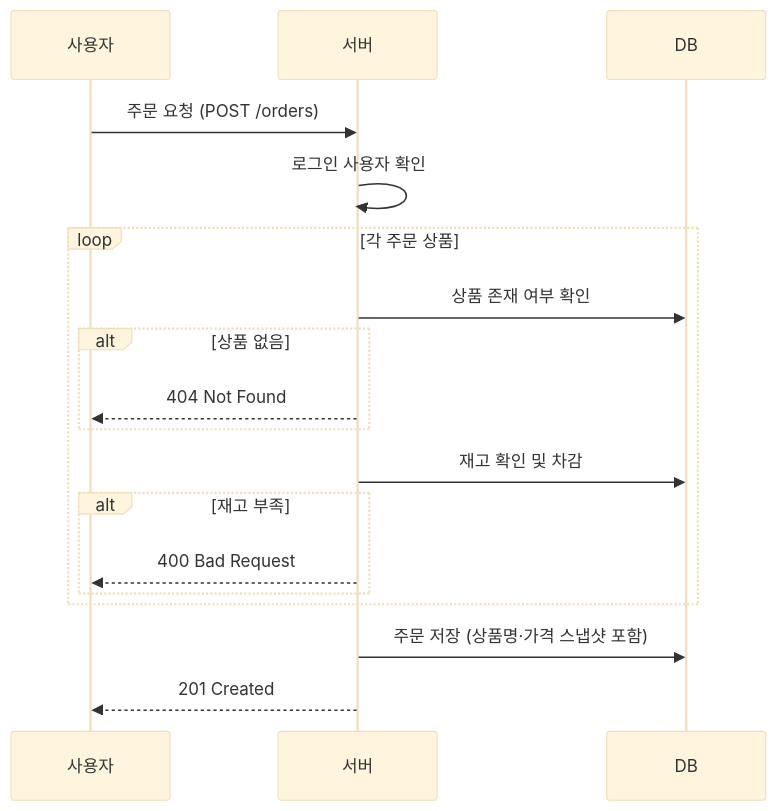
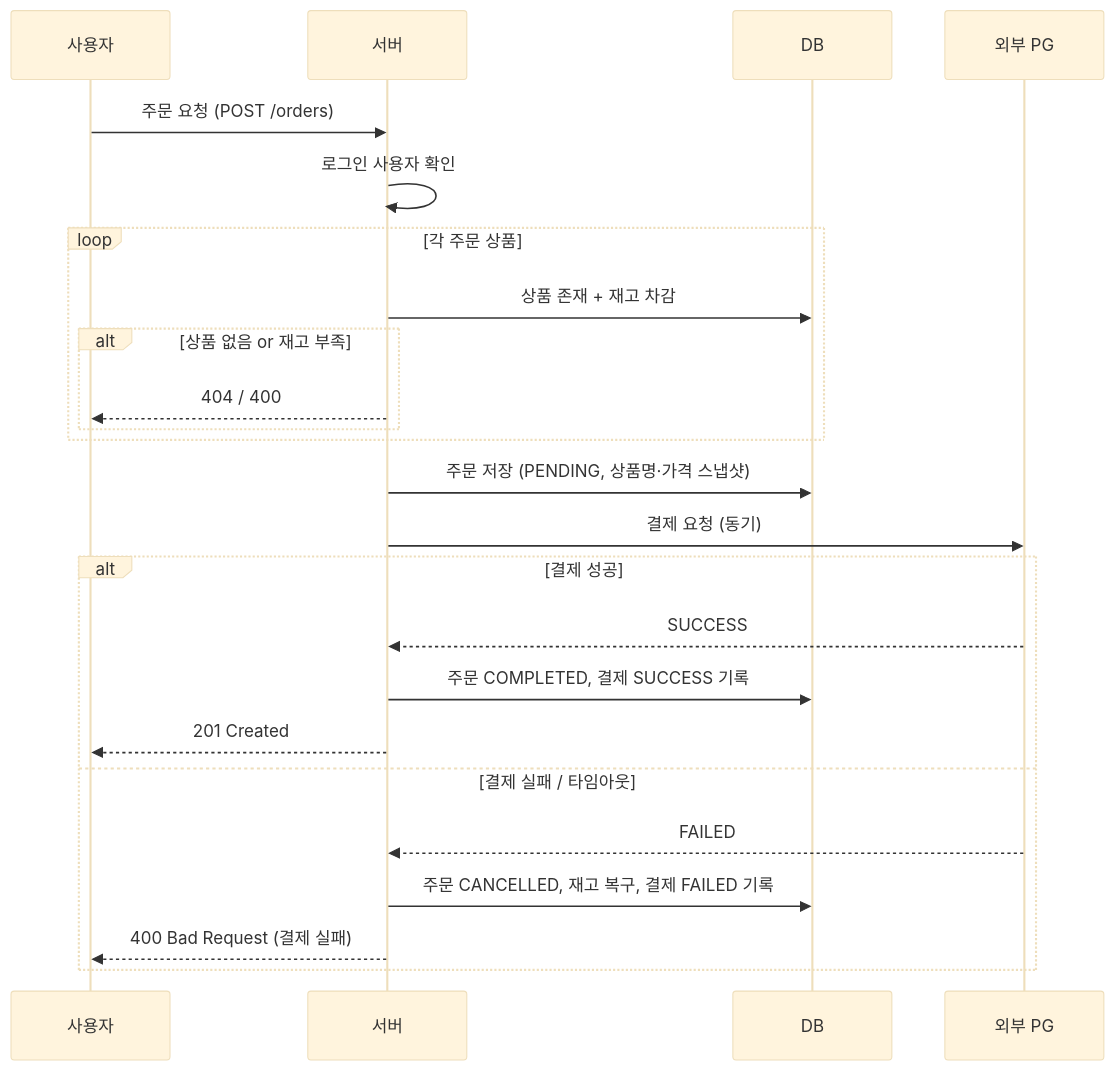
Before and after one commit to loopers-labs/loop-pack-be-l2-vol4-java: diagram 15 of 20 in docs/week2/02-sequence-diagrams.md, drawn with Mermaid (base theme). The commit also changed other lines of this file and 3 other files, not shown here.

First line of the commit message:
docs: 요구사항 정의서 전체 리라이트 및 시퀀스/클래스/ERD 보완

````diff
--- a/docs/week2/02-sequence-diagrams.md
+++ b/docs/week2/02-sequence-diagrams.md
@@ -355,21 +473,27 @@
 ```mermaid
 sequenceDiagram
     participant 사용자
     participant 서버
     participant DB
+    participant PG as 외부 PG
 
     사용자->>서버: 주문 요청 (POST /orders)
     서버->>서버: 로그인 사용자 확인
     loop 각 주문 상품
-        서버->>DB: 상품 존재 여부 확인
-        alt 상품 없음
-            서버-->>사용자: 404 Not Found
-        end
-        서버->>DB: 재고 확인 및 차감
-        alt 재고 부족
-            서버-->>사용자: 400 Bad Request
+        서버->>DB: 상품 존재 + 재고 차감
+        alt 상품 없음 or 재고 부족
+            서버-->>사용자: 404 / 400
         end
     end
-    서버->>DB: 주문 저장 (상품명·가격 스냅샷 포함)
-    서버-->>사용자: 201 Created
+    서버->>DB: 주문 저장 (PENDING, 상품명·가격 스냅샷)
+    서버->>PG: 결제 요청 (동기)
+    alt 결제 성공
+        PG-->>서버: SUCCESS
+        서버->>DB: 주문 COMPLETED, 결제 SUCCESS 기록
+        서버-->>사용자: 201 Created
+    else 결제 실패 / 타임아웃
+        PG-->>서버: FAILED
+        서버->>DB: 주문 CANCELLED, 재고 복구, 결제 FAILED 기록
+        서버-->>사용자: 400 Bad Request (결제 실패)
+    end
 ```
````
